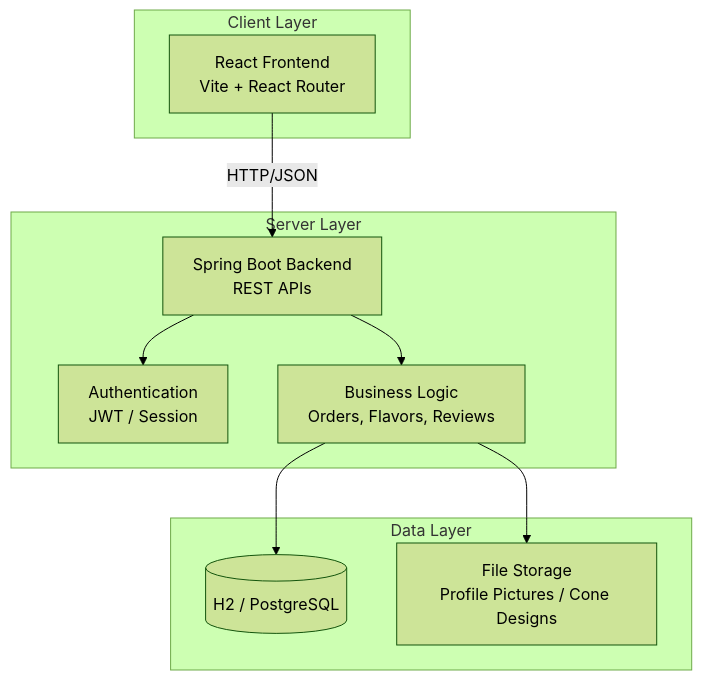
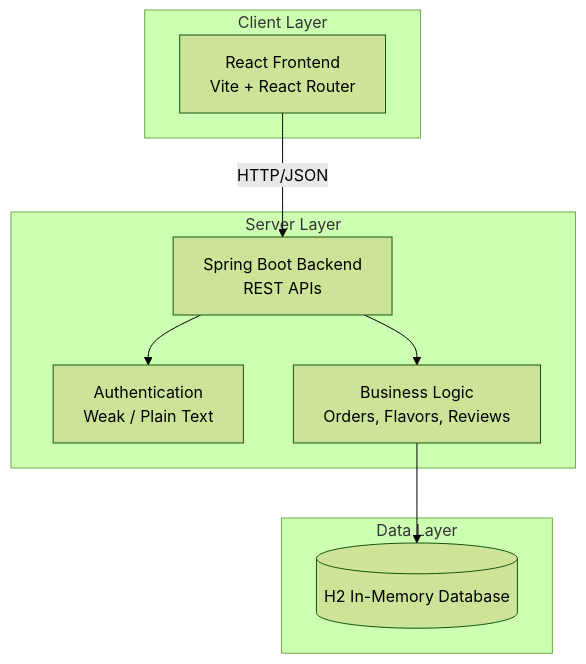
The diagram in docs/ARCHITECTURE_AND_VULNERABILITIES.md (rajahpixelphone/scoops-of-brainfreeze), drawn with Mermaid (forest theme) before and after one commit. The commit also changed other lines of this file, not shown here.

````diff
--- a/docs/ARCHITECTURE_AND_VULNERABILITIES.md
+++ b/docs/ARCHITECTURE_AND_VULNERABILITIES.md
@@ -11,23 +11,21 @@
 ```mermaid
 flowchart TB
     subgraph Client["Client Layer"]
         R[React Frontend<br/>Vite + React Router]
     end
 
     subgraph Server["Server Layer"]
         S[Spring Boot Backend<br/>REST APIs]
-        A[Authentication<br/>JWT / Session]
+        A[Authentication<br/>Weak / Plain Text]
         B[Business Logic<br/>Orders, Flavors, Reviews]
     end
 
     subgraph Data["Data Layer"]
-        DB[(H2 / PostgreSQL)]
-        FS[File Storage<br/>Profile Pictures / Cone Designs]
+        DB[(H2 In-Memory Database)]
     end
 
     R -->|HTTP/JSON| S
     S --> A
     S --> B
     B --> DB
-    B --> FS
 ```
````
